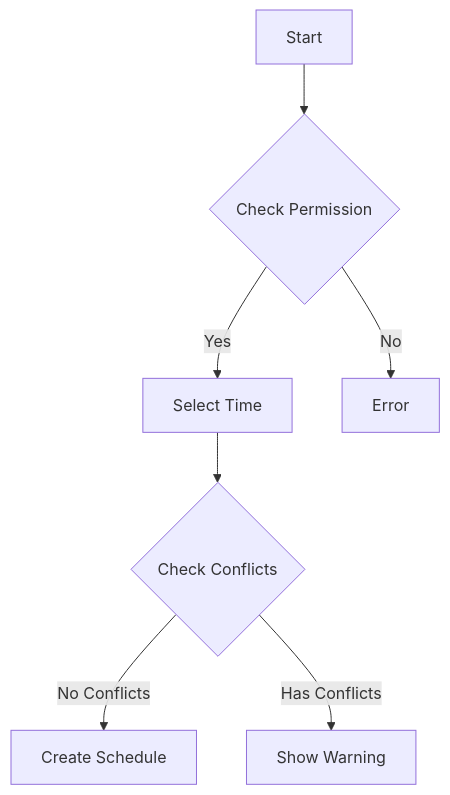
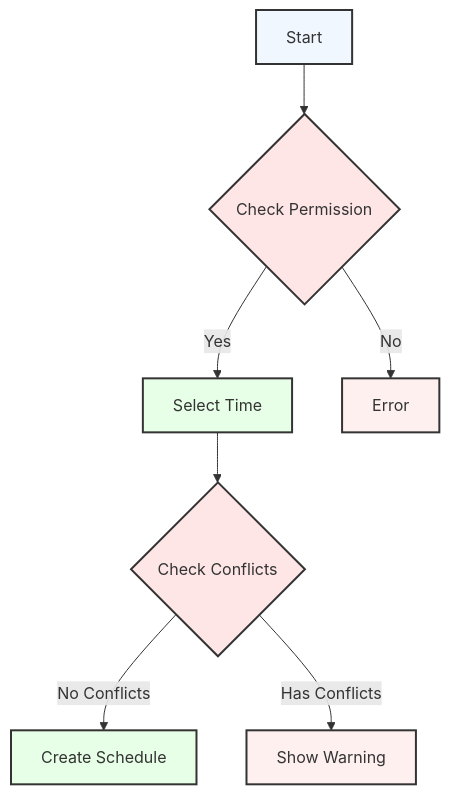
One commit to kafle1/timetablepro changed the tenth of 11 diagrams in docs/USER_GUIDE.md. Above: the diagram before and after it, drawn with Mermaid. The commit also changed other lines of this file and 1 other file, not shown here.

Commit message:
docs: improve diagram colors for better text visibility

````diff
--- a/docs/USER_GUIDE.md
+++ b/docs/USER_GUIDE.md
@@ -570,9 +588,19 @@
 ```mermaid
 graph TB
     A[Start] --> B{Check Permission}
     B -->|Yes| C[Select Time]
     B -->|No| D[Error]
     C --> E{Check Conflicts}
     E -->|No Conflicts| F[Create Schedule]
     E -->|Has Conflicts| G[Show Warning]
+
+    classDef default fill:#f0f7ff,stroke:#333,stroke-width:2px
+    classDef decision fill:#ffe6e6,stroke:#333,stroke-width:2px
+    classDef success fill:#e6ffe6,stroke:#333,stroke-width:2px
+    classDef error fill:#fff0f0,stroke:#333,stroke-width:2px
+    
+    class A default
+    class B,E decision
+    class C,F success
+    class D,G error
 ```
````
